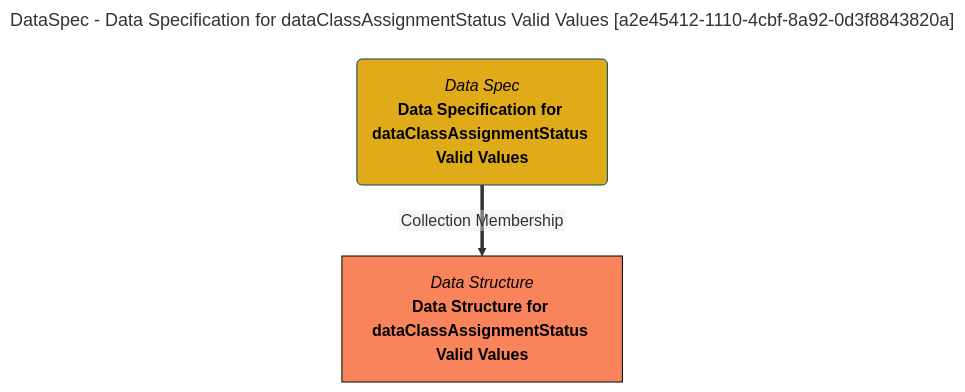
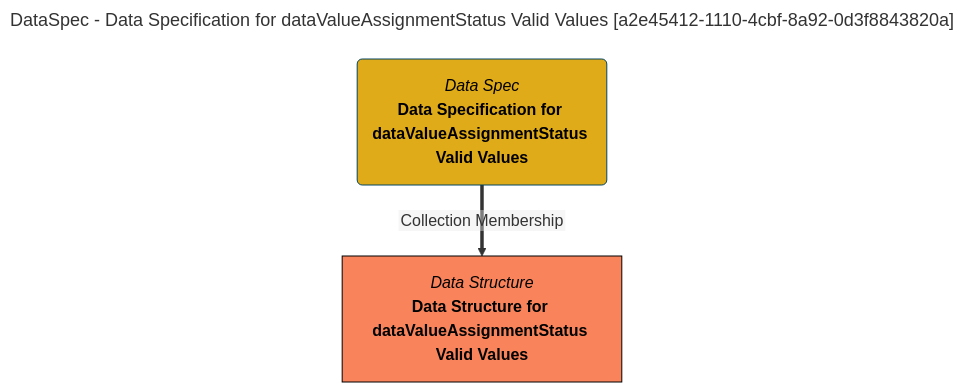
The diagram in site/snippets/collections/data-specs/data-specification-for-dataclassassignmentstatus-valid-values-mermaid-graph.md (odpi/egeria-docs), drawn with Mermaid before and after one commit. The commit also changed other lines of this file and 63 other files, not shown here.

Commit message:
Add data value specification

````diff
--- a/site/snippets/collections/data-specs/data-specification-for-dataclassassignmentstatus-valid-values-mermaid-graph.md
+++ b/site/snippets/collections/data-specs/data-specification-for-dataclassassignmentstatus-valid-values-mermaid-graph.md
@@ -1,15 +1,15 @@
 ```mermaid
 ---
-title: DataSpec - Data Specification for dataClassAssignmentStatus Valid Values [a2e45412-1110-4cbf-8a92-0d3f8843820a]
+title: DataSpec - Data Specification for dataValueAssignmentStatus Valid Values [a2e45412-1110-4cbf-8a92-0d3f8843820a]
 ---
 flowchart TD
 %%{init: {"flowchart": {"htmlLabels": false}} }%%
 
 1@{ shape: rounded, label: "*Data Spec*
-**Data Specification for dataClassAssignmentStatus Valid Values**"}
+**Data Specification for dataValueAssignmentStatus Valid Values**"}
 2@{ shape: rect, label: "*Data Structure*
-**Data Structure for dataClassAssignmentStatus Valid Values**"}
+**Data Structure for dataValueAssignmentStatus Valid Values**"}
 1==>|"Collection Membership"|2
 style 1 color:#000000, fill:#e0ab18, stroke:#004563
 style 2 color:#000000, fill:#f9845b, stroke:#000000
 ```
````
